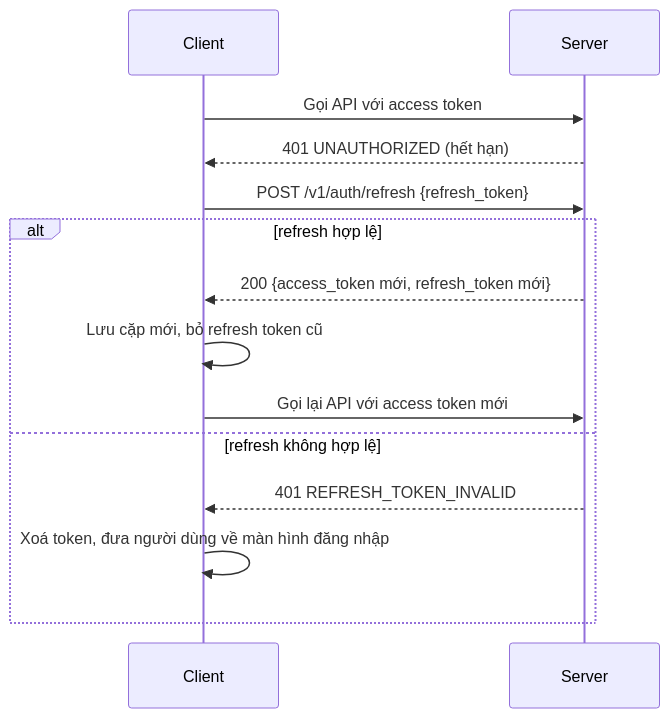
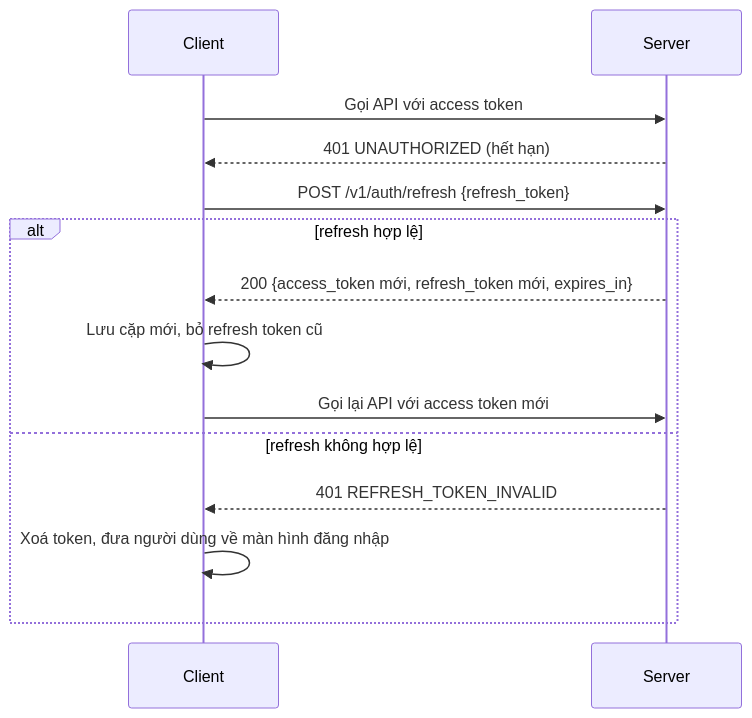
Before and after one commit to chjpcojit/innerlamp-be: the diagram in web/docs/src/content/docs/guides/authentication.md, drawn with Mermaid. The commit also changed other lines of this file and 128 other files, not shown here.

````diff
--- a/web/docs/src/content/docs/guides/authentication.md
+++ b/web/docs/src/content/docs/guides/authentication.md
@@ -40,16 +55,16 @@
 ```mermaid
 sequenceDiagram
     participant C as Client
     participant S as Server
     C->>S: Gọi API với access token
     S-->>C: 401 UNAUTHORIZED (hết hạn)
     C->>S: POST /v1/auth/refresh {refresh_token}
     alt refresh hợp lệ
-        S-->>C: 200 {access_token mới, refresh_token mới}
+        S-->>C: 200 {access_token mới, refresh_token mới, expires_in}
         C->>C: Lưu cặp mới, bỏ refresh token cũ
         C->>S: Gọi lại API với access token mới
     else refresh không hợp lệ
         S-->>C: 401 REFRESH_TOKEN_INVALID
         C->>C: Xoá token, đưa người dùng về màn hình đăng nhập
     end
 ```
````
